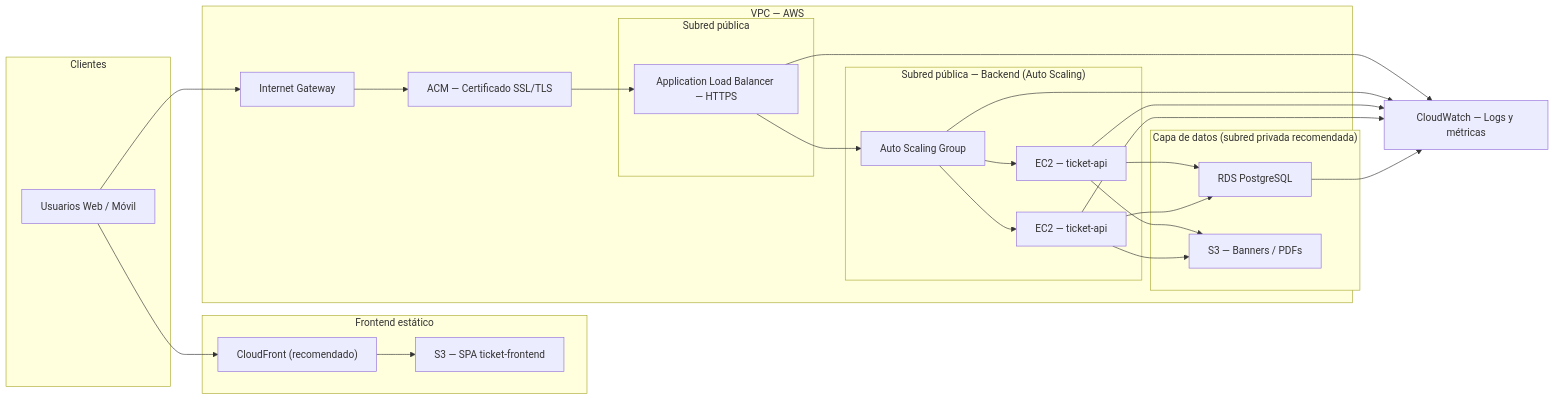
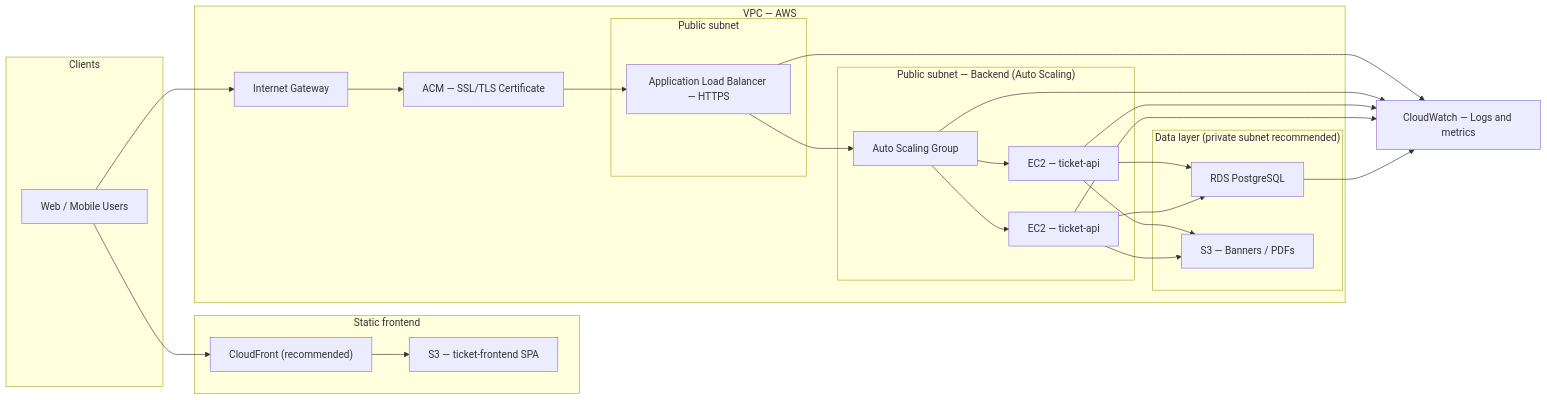
Before and after one commit to HectorTorrez/ticket-api: the diagram in ARCHITECTURE.md, drawn with Mermaid. The commit also changed other lines of this file and 30 other files, not shown here.

````diff
--- a/ARCHITECTURE.md
+++ b/ARCHITECTURE.md
@@ -34,49 +34,49 @@
 ```mermaid
 flowchart LR
-  subgraph Clientes
-    Users["Usuarios Web / Móvil"]
+  subgraph Clients
+    Users["Web / Mobile Users"]
   end
 
-  subgraph Frontend["Frontend estático"]
-    CF["CloudFront (recomendado)"]
-    FE["S3 — SPA ticket-frontend"]
+  subgraph Frontend["Static frontend"]
+    CF["CloudFront (recommended)"]
+    FE["S3 — ticket-frontend SPA"]
     CF --> FE
   end
 
   subgraph VPC["VPC — AWS"]
     IGW["Internet Gateway"]
-    ACM["ACM — Certificado SSL/TLS"]
+    ACM["ACM — SSL/TLS Certificate"]
 
-    subgraph Publica["Subred pública"]
+    subgraph Public["Public subnet"]
       ALB["Application Load Balancer — HTTPS"]
     end
 
-    subgraph Backend["Subred pública — Backend (Auto Scaling)"]
+    subgraph Backend["Public subnet — Backend (Auto Scaling)"]
       ASG["Auto Scaling Group"]
       API1["EC2 — ticket-api"]
       API2["EC2 — ticket-api"]
       ASG --> API1
       ASG --> API2
     end
 
-    subgraph Datos["Capa de datos (subred privada recomendada)"]
+    subgraph Data["Data layer (private subnet recommended)"]
       RDS["RDS PostgreSQL"]
       S3Assets["S3 — Banners / PDFs"]
     end
   end
 
-  CW["CloudWatch — Logs y métricas"]
+  CW["CloudWatch — Logs and metrics"]
 
   Users --> CF
   Users --> IGW --> ACM --> ALB
   ALB --> ASG
   API1 --> RDS
   API2 --> RDS
   API1 --> S3Assets
   API2 --> S3Assets
   ALB --> CW
   ASG --> CW
   API1 --> CW
   API2 --> CW
   RDS --> CW
 ```
````
